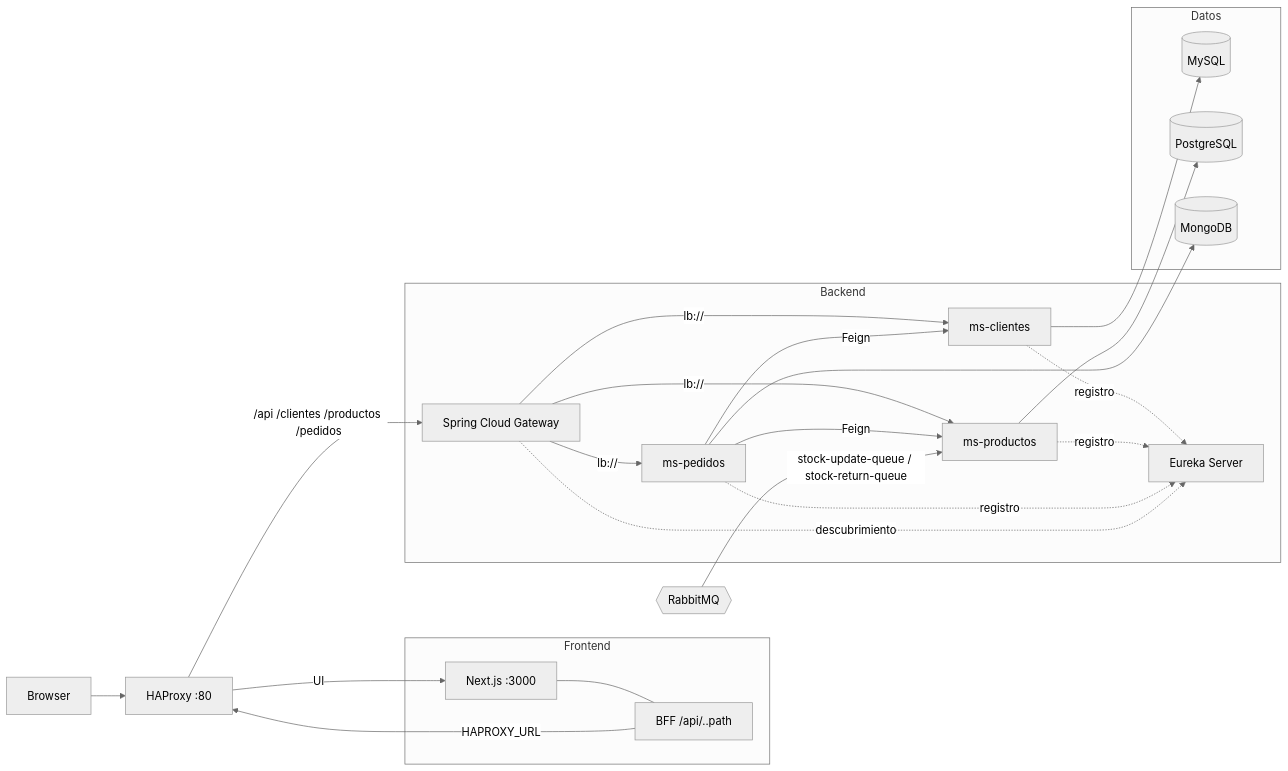
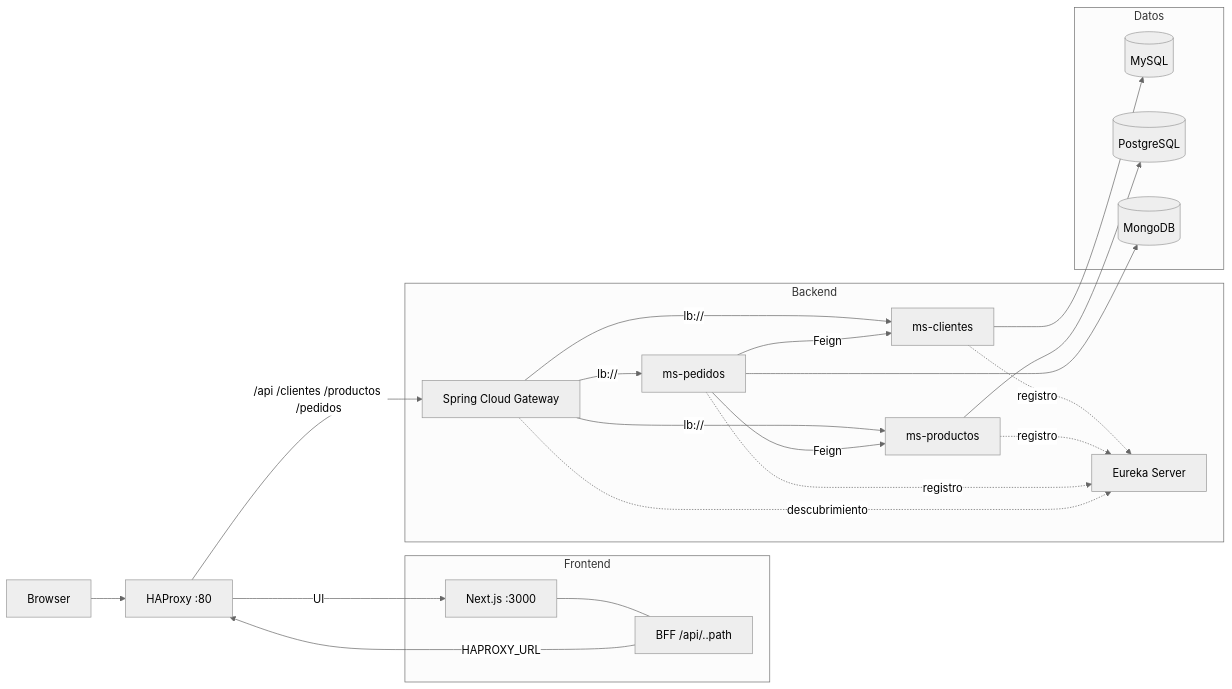
Before and after one commit to AgustinMohr/vigadesk: the first of 4 diagrams in README.md, drawn with Mermaid (neutral theme). The commit also changed other lines of this file and 2 other files, not shown here.

First line of the commit message:
R2.12 (3/3) Decision documentada en OpenSpec (retirar RabbitMQ, opcion A); README y comandos coherentes con el stock sincrono

````diff
--- a/README.md
+++ b/README.md
@@ -62,46 +61,44 @@
 ```mermaid
 flowchart LR
     B[Browser] --> HAP[HAProxy :80]
 
     subgraph Frontend
         NEXT[Next.js :3000]
         BFF["BFF /api/..path"]
     end
 
     subgraph Backend
         GW[Spring Cloud Gateway]
         EU[Eureka Server]
         CLI[ms-clientes]
         PRO[ms-productos]
         PED[ms-pedidos]
     end
 
     subgraph Datos
         MYSQL[(MySQL)]
         PG[(PostgreSQL)]
         MONGO[(MongoDB)]
     end
 
-    RABBIT{{RabbitMQ}}
 
     HAP -- "UI" --> NEXT
     NEXT --- BFF
     BFF -- "HAPROXY_URL" --> HAP
     HAP -- "/api /clientes /productos /pedidos" --> GW
     GW -- "lb://" --> CLI
     GW -- "lb://" --> PRO
     GW -- "lb://" --> PED
 
     CLI --> MYSQL
     PRO --> PG
     PED --> MONGO
 
     PED -- "Feign" --> CLI
     PED -- "Feign" --> PRO
-    RABBIT -- "stock-update-queue / stock-return-queue" --> PRO
 
     CLI -. registro .-> EU
     PRO -. registro .-> EU
     PED -. registro .-> EU
     GW -. descubrimiento .-> EU
 ```
````
